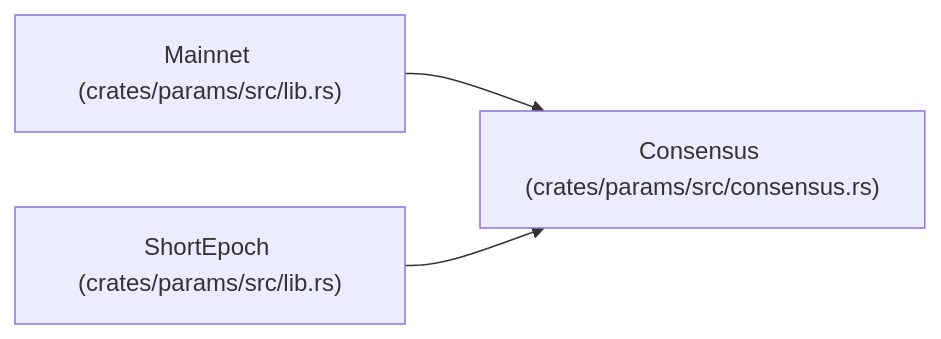
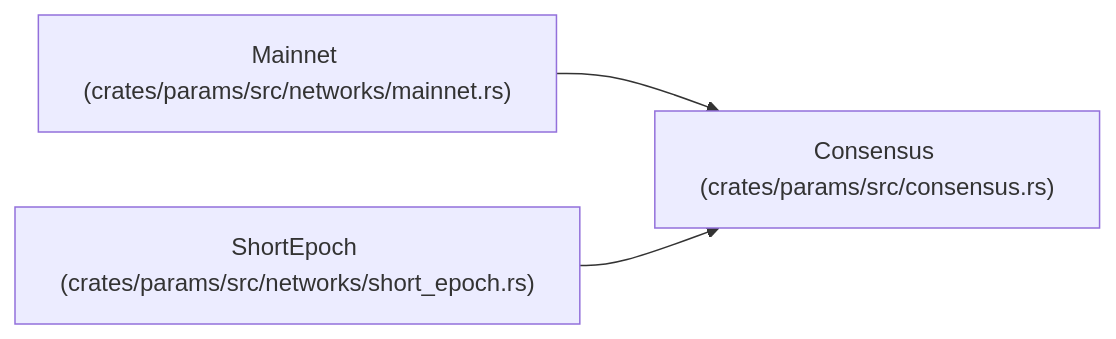
Before and after one commit to tcrypt25519/zkpow: the diagram in docs/llm_wiki/entities/Consensus.md, drawn with Mermaid. The commit also changed other lines of this file and 42 other files, not shown here.

````diff
--- a/docs/llm_wiki/entities/Consensus.md
+++ b/docs/llm_wiki/entities/Consensus.md
@@ -24,11 +24,11 @@
 ```mermaid
 flowchart LR
     n0["Consensus (crates/params/src/consensus.rs)"]
-    n1["Mainnet (crates/params/src/lib.rs)"]
-    n2["ShortEpoch (crates/params/src/lib.rs)"]
+    n1["Mainnet (crates/params/src/networks/mainnet.rs)"]
+    n2["ShortEpoch (crates/params/src/networks/short_epoch.rs)"]
     n1 --> n0
     n2 --> n0
     click n0 "../modules/consensus.md"
-    click n1 "../modules/params_src_lib.md"
-    click n2 "../modules/params_src_lib.md"
+    click n1 "../modules/mainnet.md"
+    click n2 "../modules/short_epoch.md"
 ```
````
